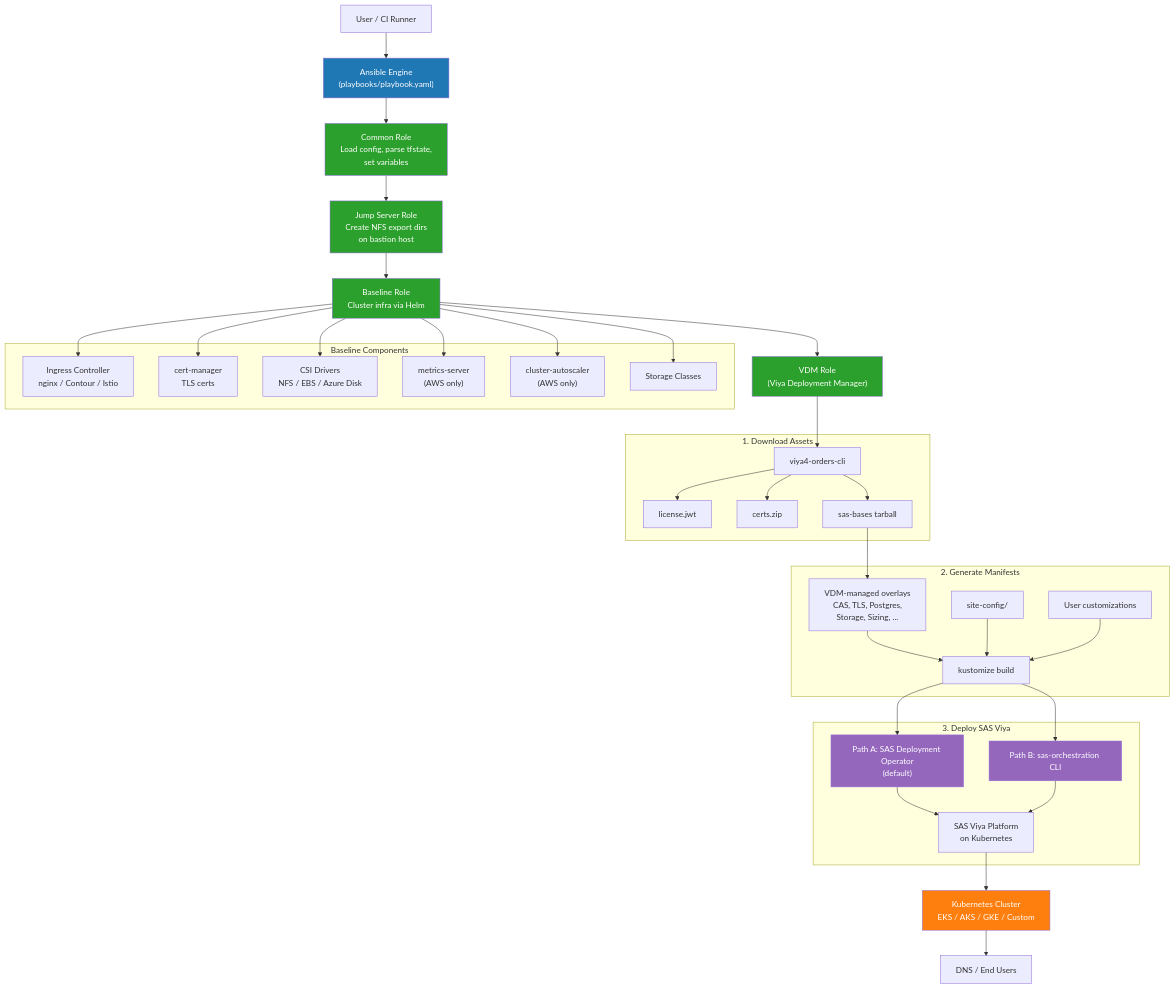
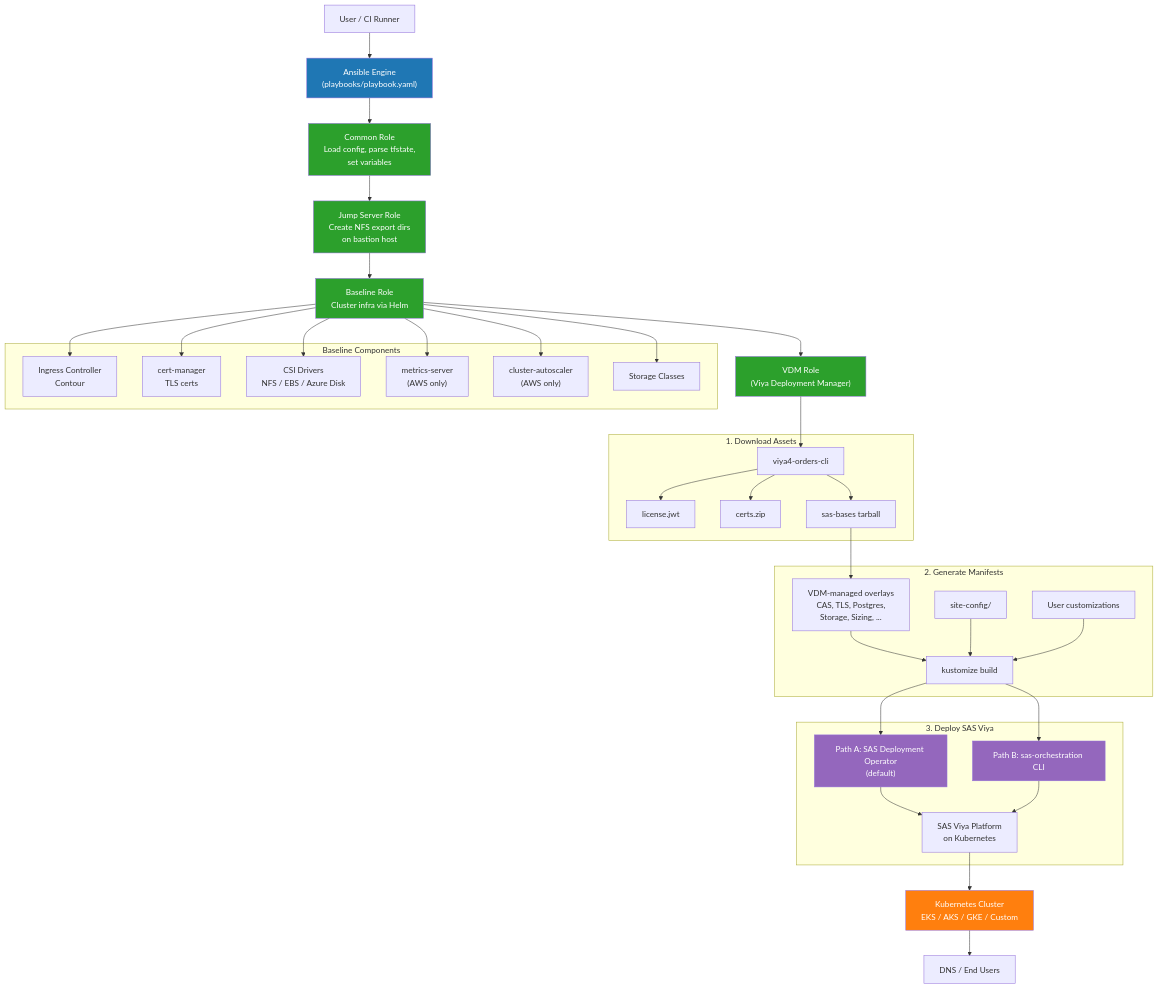
Before and after one commit to mshrud002/viya4-deployment: the diagram in README.md, drawn with Mermaid. The commit also changed other lines of this file, not shown here.

Commit message:
docs: remove all remaining nginx references from README

````diff
--- a/README.md
+++ b/README.md
@@ -44,68 +44,68 @@
 ```mermaid
 flowchart TD
     User["User / CI Runner"]
     Ansible["Ansible Engine<br/>(playbooks/playbook.yaml)"]
     Common["Common Role<br/>Load config, parse tfstate,<br/>set variables"]
     JumpServer["Jump Server Role<br/>Create NFS export dirs<br/>on bastion host"]
     Baseline["Baseline Role<br/>Cluster infra via Helm"]
 
     subgraph Baseline_Components ["Baseline Components"]
-        Ingress["Ingress Controller<br/>nginx / Contour / Istio"]
+        Ingress["Ingress Controller<br/>Contour"]
         Cert["cert-manager<br/>TLS certs"]
         CSI["CSI Drivers<br/>NFS / EBS / Azure Disk"]
         Metrics["metrics-server<br/>(AWS only)"]
         Autoscaler["cluster-autoscaler<br/>(AWS only)"]
         Storage["Storage Classes"]
     end
 
     VDM["VDM Role<br/>(Viya Deployment Manager)"]
 
     subgraph VDM_Assets ["1. Download Assets"]
         OrdersCLI["viya4-orders-cli"]
         License["license.jwt"]
         Certs["certs.zip"]
         Bases["sas-bases tarball"]
     end
 
     subgraph VDM_Kustomize ["2. Generate Manifests"]
         SiteConfig["site-config/"]
         VDMOverlays["VDM-managed overlays<br/>CAS, TLS, Postgres,<br/>Storage, Sizing, ..."]
         UserOverlays["User customizations"]
         Kustomize["kustomize build"]
     end
 
     subgraph VDM_Deploy ["3. Deploy SAS Viya"]
         PathA["Path A: SAS Deployment Operator<br/>(default)"]
         PathB["Path B: sas-orchestration CLI"]
         SASViya["SAS Viya Platform<br/>on Kubernetes"]
     end
 
     K8s["Kubernetes Cluster<br/>EKS / AKS / GKE / Custom"]
     DNS["DNS / End Users"]
 
     User --> Ansible
     Ansible --> Common
     Common --> JumpServer
     JumpServer --> Baseline
     Baseline --> Ingress & Cert & CSI & Metrics & Autoscaler & Storage
     Baseline --> VDM
     VDM --> OrdersCLI
     OrdersCLI --> License & Certs & Bases
     Bases --> VDMOverlays
     VDMOverlays --> Kustomize
     SiteConfig --> Kustomize
     UserOverlays --> Kustomize
     Kustomize --> PathA & PathB
     PathA & PathB --> SASViya
     SASViya --> K8s
     K8s --> DNS
 
     style Ansible fill:#1f77b4,color:#fff
     style Common fill:#2ca02c,color:#fff
     style JumpServer fill:#2ca02c,color:#fff
     style Baseline fill:#2ca02c,color:#fff
     style VDM fill:#2ca02c,color:#fff
     style K8s fill:#ff7f0e,color:#fff
     style PathA fill:#9467bd,color:#fff
     style PathB fill:#9467bd,color:#fff
 ```
````
